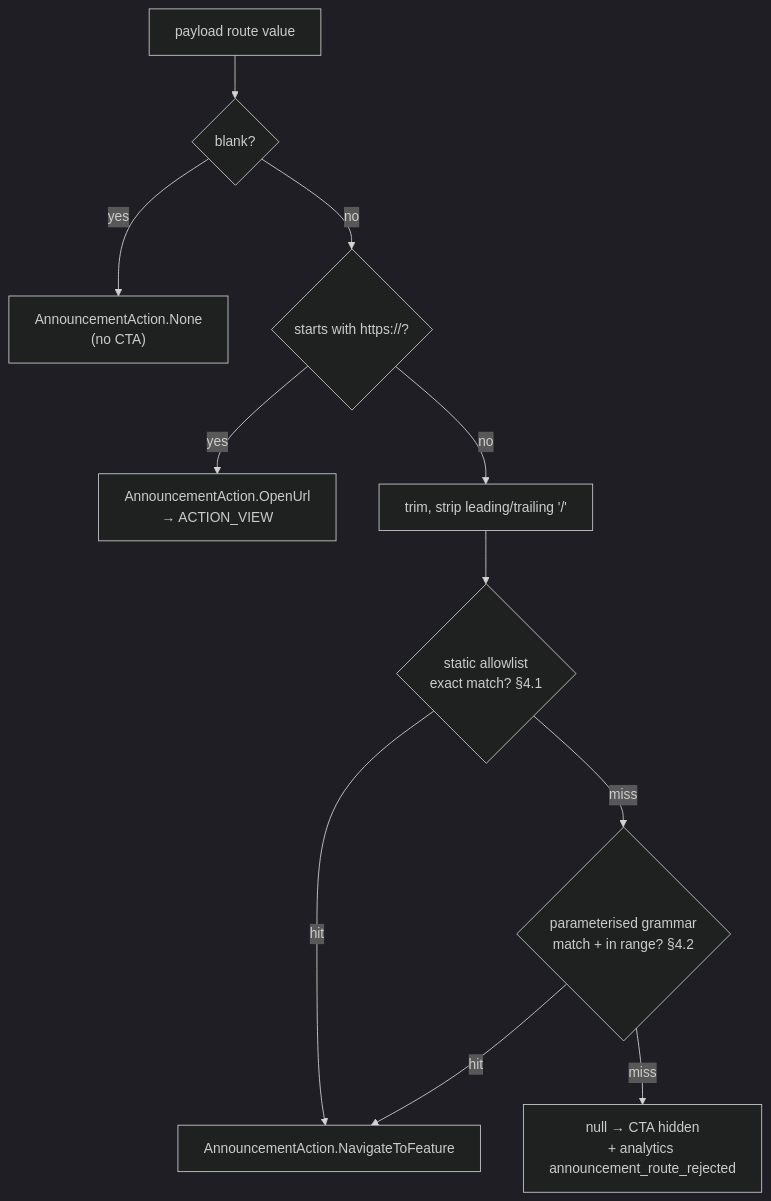
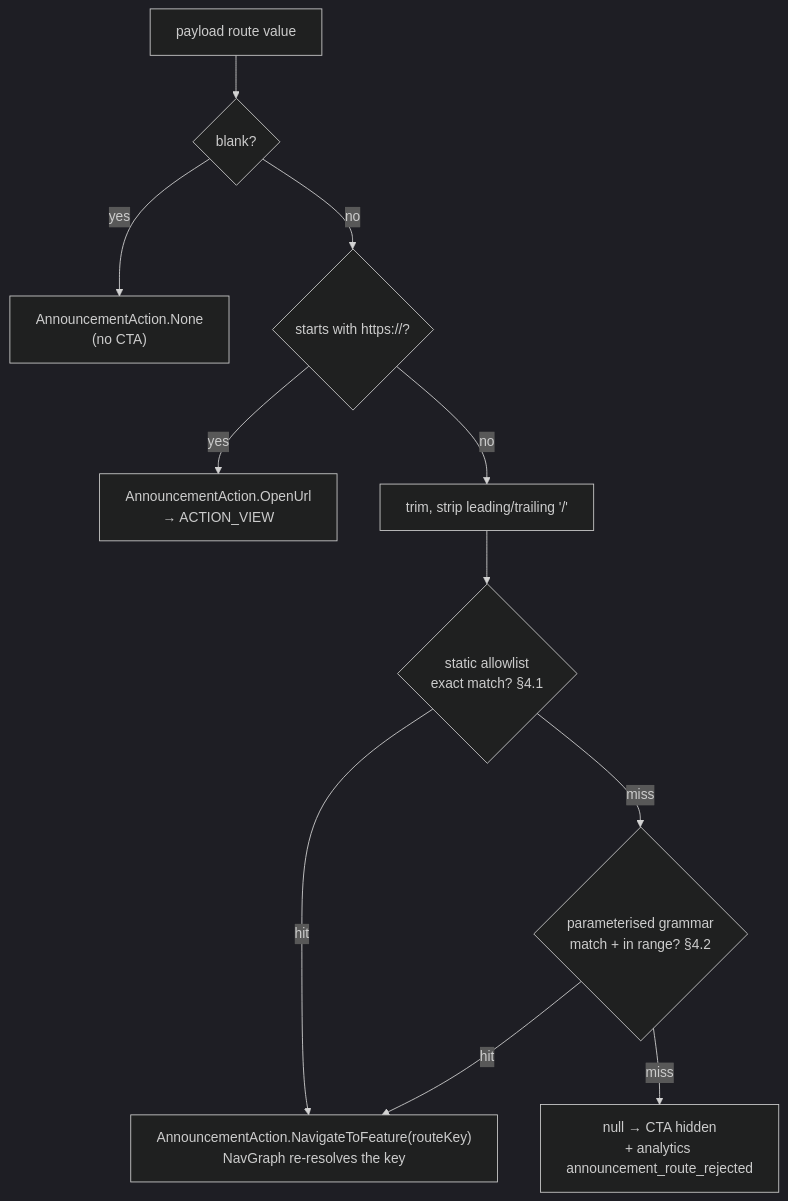
Before and after one commit to arshad-shah/Nimaz: the fourth of 4 diagrams in docs/NAVIGATION.md, drawn with Mermaid (dark theme). The commit also changed other lines of this file and 2161 other files, not shown here.

````diff
--- a/docs/NAVIGATION.md
+++ b/docs/NAVIGATION.md
@@ -371,13 +428,13 @@
 ```mermaid
 flowchart TD
     K["payload route value"] --> N{"blank?"}
     N -->|yes| None["AnnouncementAction.None<br/>(no CTA)"]
     N -->|no| U{"starts with https://?"}
     U -->|yes| Url["AnnouncementAction.OpenUrl<br/>→ ACTION_VIEW"]
     U -->|no| Norm["trim, strip leading/trailing '/'"]
     Norm --> S{"static allowlist<br/>exact match? §4.1"}
-    S -->|hit| Nav["AnnouncementAction.NavigateToFeature"]
+    S -->|hit| Nav["AnnouncementAction.NavigateToFeature(routeKey)<br/>NavGraph re-resolves the key"]
     S -->|miss| G{"parameterised grammar<br/>match + in range? §4.2"}
     G -->|hit| Nav
     G -->|miss| Rejected["null → CTA hidden<br/>+ analytics announcement_route_rejected"]
 ```
````
